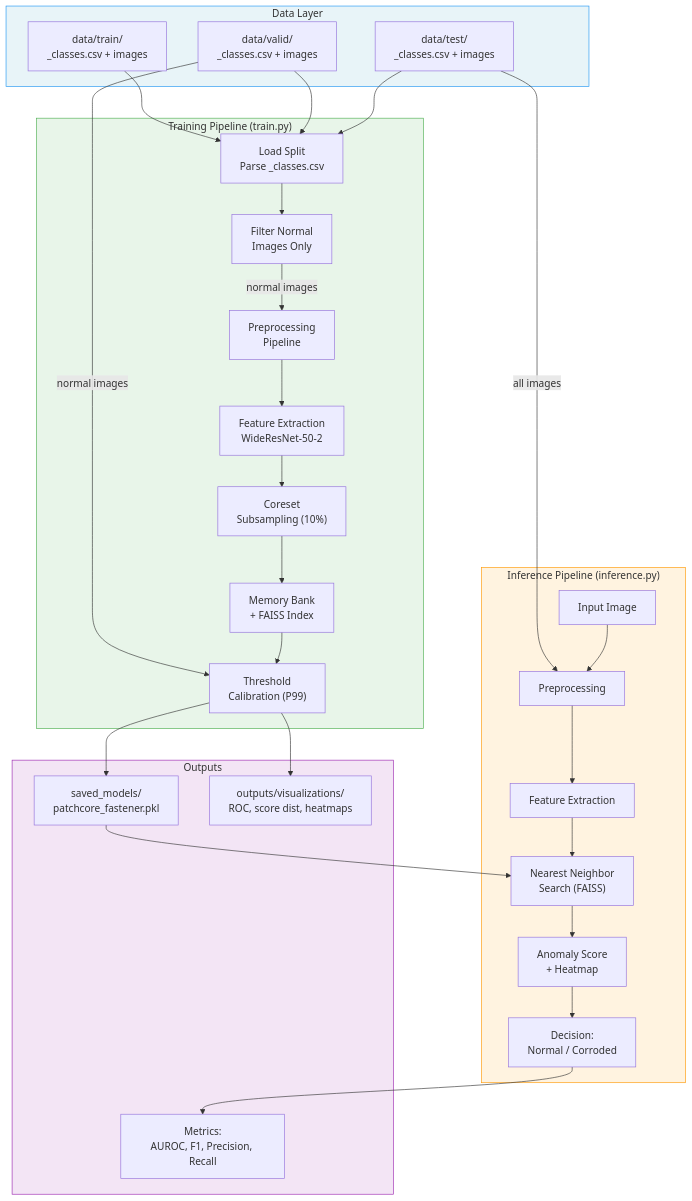
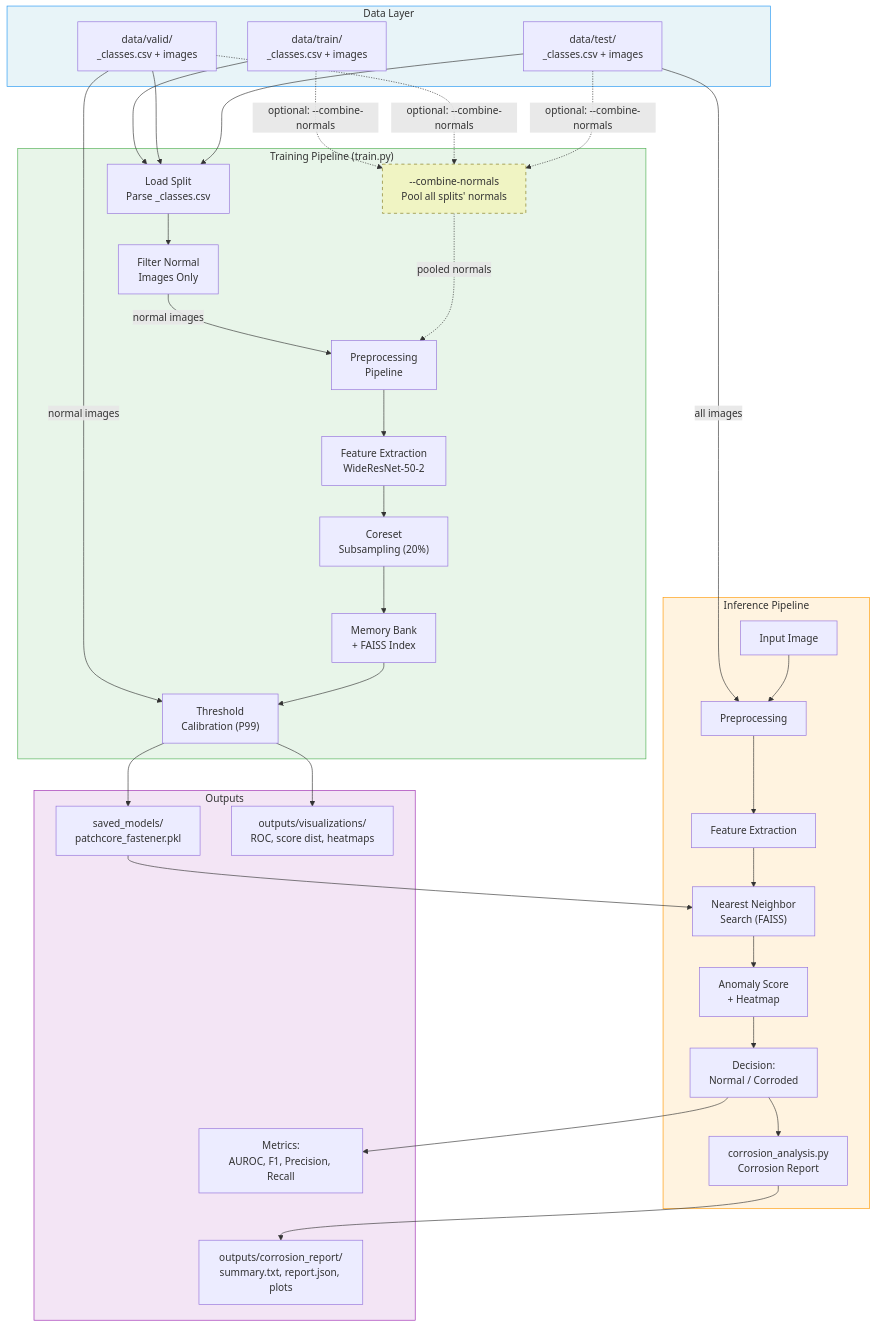
The first of 6 diagrams in ARCHITECTURE.md (paarth-sharma/rust-detection), drawn with Mermaid before and after one commit. The commit also changed other lines of this file and 173 other files, not shown here.

Commit message:
have the proper components to run analysis on, made changes to pipeline, training, patchcore components; tweaked hyperparameters to make detection better, updated and added documentation

````diff
--- a/ARCHITECTURE.md
+++ b/ARCHITECTURE.md
@@ -9,63 +9,73 @@
 ```mermaid
 graph TB
     subgraph Data["Data Layer"]
         TR["data/train/<br/>_classes.csv + images"]
         VA["data/valid/<br/>_classes.csv + images"]
         TE["data/test/<br/>_classes.csv + images"]
     end
 
     subgraph Training["Training Pipeline (train.py)"]
         LS["Load Split<br/>Parse _classes.csv"]
         FN["Filter Normal<br/>Images Only"]
+        CN["--combine-normals<br/>Pool all splits' normals"]
         PP["Preprocessing<br/>Pipeline"]
         FE["Feature Extraction<br/>WideResNet-50-2"]
-        CS["Coreset<br/>Subsampling (10%)"]
+        CS["Coreset<br/>Subsampling (20%)"]
         MB["Memory Bank<br/>+ FAISS Index"]
         TC["Threshold<br/>Calibration (P99)"]
     end
 
-    subgraph Inference["Inference Pipeline (inference.py)"]
+    subgraph Inference["Inference Pipeline"]
         IMG["Input Image"]
         PP2["Preprocessing"]
         FE2["Feature Extraction"]
         NN["Nearest Neighbor<br/>Search (FAISS)"]
         SC["Anomaly Score<br/>+ Heatmap"]
         DEC["Decision:<br/>Normal / Corroded"]
+        CA["corrosion_analysis.py<br/>Corrosion Report"]
     end
 
     subgraph Outputs["Outputs"]
         MOD["saved_models/<br/>patchcore_fastener.pkl"]
         VIZ["outputs/visualizations/<br/>ROC, score dist, heatmaps"]
         MET["Metrics:<br/>AUROC, F1, Precision, Recall"]
+        COR["outputs/corrosion_report/<br/>summary.txt, report.json, plots"]
     end
 
     TR --> LS
     VA --> LS
     TE --> LS
 
     LS --> FN
     FN -->|"normal images"| PP
+    TR -.->|"optional: --combine-normals"| CN
+    VA -.->|"optional: --combine-normals"| CN
+    TE -.->|"optional: --combine-normals"| CN
+    CN -.->|"pooled normals"| PP
     PP --> FE
     FE --> CS
     CS --> MB
     VA -->|"normal images"| TC
     MB --> TC
     TC --> MOD
 
     TE -->|"all images"| PP2
 
     IMG --> PP2
     PP2 --> FE2
     MOD --> NN
     FE2 --> NN
     NN --> SC
     SC --> DEC
+    DEC --> CA
 
     TC --> VIZ
     DEC --> MET
+    CA --> COR
 
     style Data fill:#e8f4f8,stroke:#2196F3
     style Training fill:#e8f5e9,stroke:#4CAF50
     style Inference fill:#fff3e0,stroke:#FF9800
     style Outputs fill:#f3e5f5,stroke:#9C27B0
+    style CN fill:#f0f4c3,stroke:#827717,stroke-dasharray: 5 5
 ```
````
